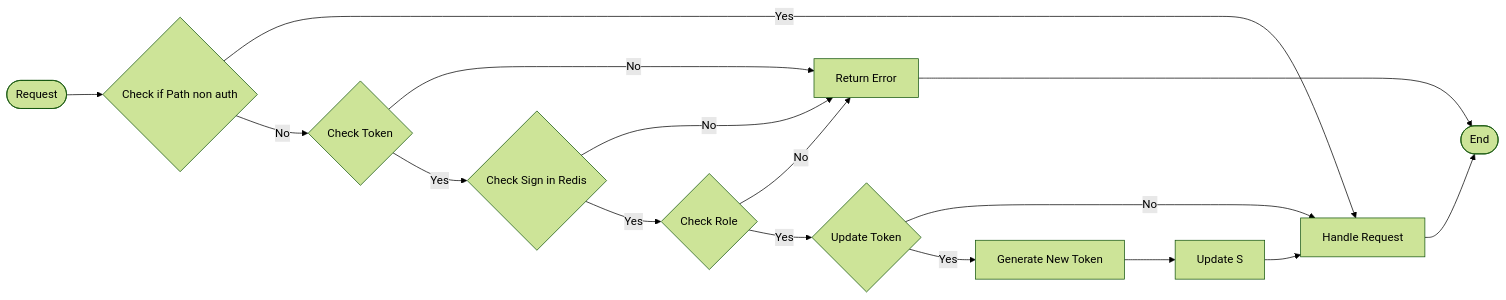
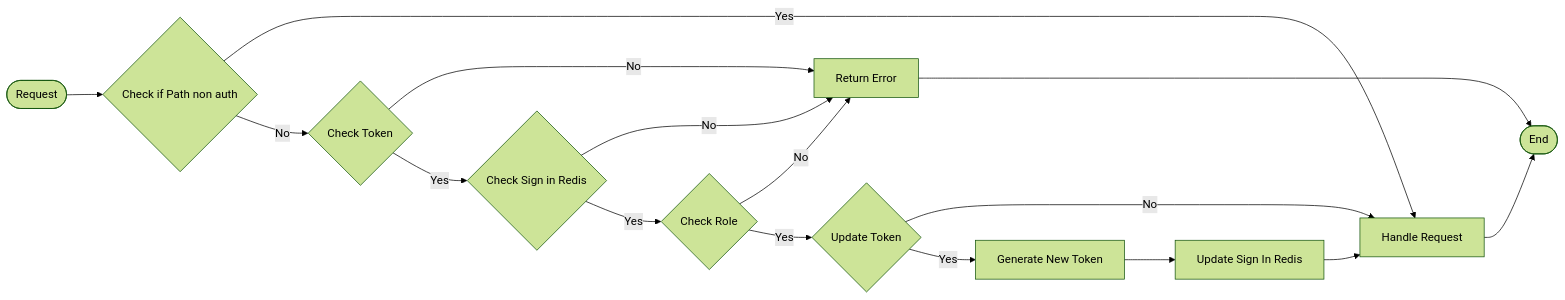
Before and after one commit to XIA1900/SE: the fourth of 6 diagrams in GFBackend/flowcharts/UserManage.md, drawn with Mermaid (forest theme). The commit also changed other lines of this file and 1 other file, not shown here.

````diff
--- a/GFBackend/flowcharts/UserManage.md
+++ b/GFBackend/flowcharts/UserManage.md
@@ -40,9 +40,9 @@
 ```mermaid
 flowchart LR
 	Start([Request]) --> PathCheck{Check if Path non auth} --> |Yes| Handler[Handle Request] --> End([End])
 	PathCheck --> |No| TokenCheck{Check Token} --> |No| Error[Return Error] --> End
 	TokenCheck --> |Yes| RedisCheck{Check Sign in Redis} --> |No| Error
 	RedisCheck --> |Yes| RoleCheck{Check Role} --> |No| Error
 	RoleCheck --> |Yes| UpdataToken{Update Token} --> |No| Handler
-	UpdataToken --> |Yes| NewToken[Generate New Token] --> UpdateRedis[Update S] --> Handler
+	UpdataToken --> |Yes| NewToken[Generate New Token] --> UpdateRedis[Update Sign In Redis] --> Handler
 ```
````
